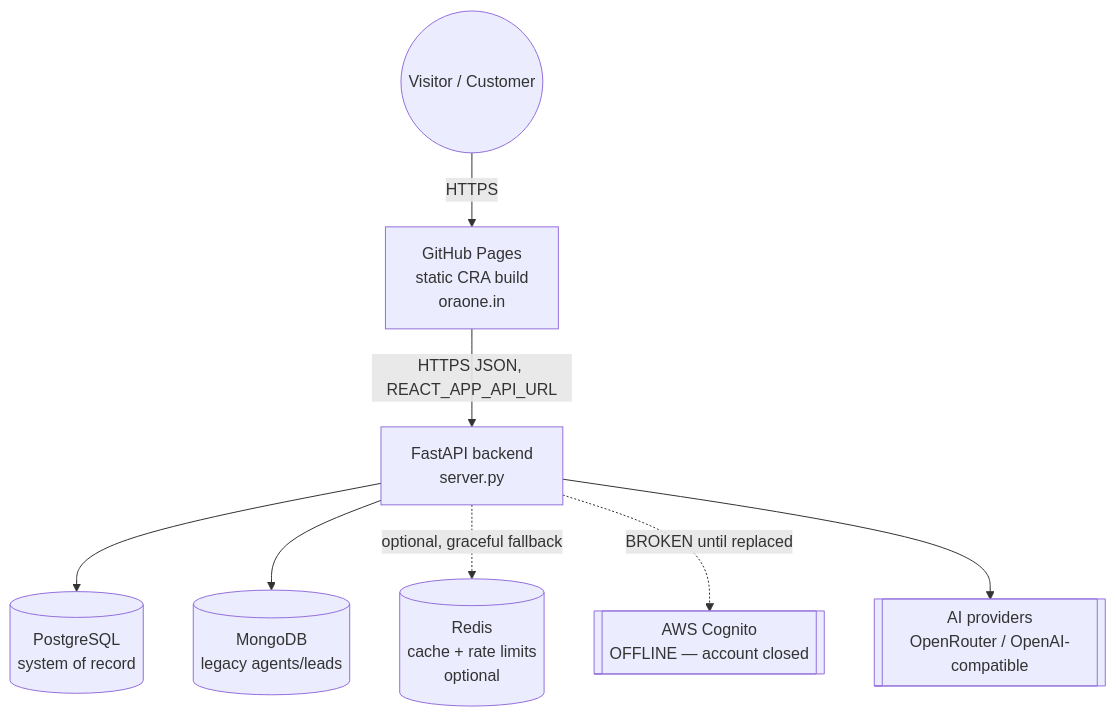
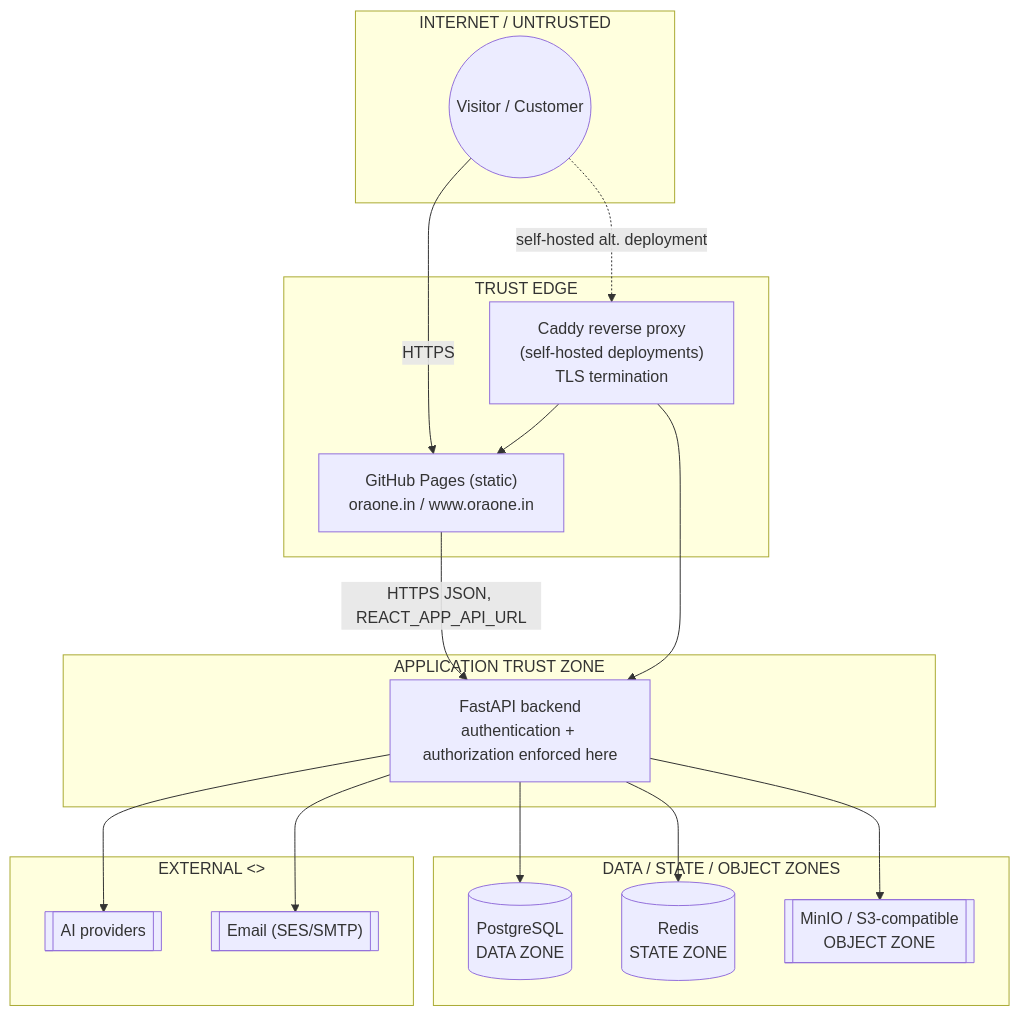
One commit to OraOneHQ/oraone-web changed the first of 17 diagrams in docs/ARCHITECTURE.md. Above: the diagram before and after it, drawn with Mermaid. The commit also changed other lines of this file, not shown here.

````diff
--- a/docs/ARCHITECTURE.md
+++ b/docs/ARCHITECTURE.md
@@ -11,19 +32,37 @@
 ```mermaid
 flowchart TD
-    User((Visitor / Customer))
-    Pages[GitHub Pages<br/>static CRA build<br/>oraone.in]
-    API[FastAPI backend<br/>server.py]
-    PG[(PostgreSQL<br/>system of record)]
-    Mongo[(MongoDB<br/>legacy agents/leads)]
-    Redis[(Redis<br/>cache + rate limits<br/>optional)]
-    Cognito[[AWS Cognito<br/>OFFLINE — account closed]]
-    AI[[AI providers<br/>OpenRouter / OpenAI-compatible]]
+    subgraph Internet["INTERNET / UNTRUSTED"]
+        User((Visitor / Customer))
+    end
+
+    subgraph TrustEdge["TRUST EDGE"]
+        Pages["GitHub Pages (static)<br/>oraone.in / www.oraone.in"]
+        Proxy["Caddy reverse proxy<br/>(self-hosted deployments)<br/>TLS termination"]
+    end
+
+    subgraph AppZone["APPLICATION TRUST ZONE"]
+        API["FastAPI backend<br/>authentication + authorization enforced here"]
+    end
+
+    subgraph DataZone["DATA / STATE / OBJECT ZONES"]
+        PG[("PostgreSQL<br/>DATA ZONE")]
+        Redis[("Redis<br/>STATE ZONE")]
+        S3[["MinIO / S3-compatible<br/>OBJECT ZONE"]]
+    end
+
+    subgraph ExternalZone["EXTERNAL <<third-party>>"]
+        AI[["AI providers"]]
+        Email[["Email (SES/SMTP)"]]
+    end
 
     User -->|HTTPS| Pages
+    User -.->|self-hosted alt. deployment| Proxy
     Pages -->|HTTPS JSON, REACT_APP_API_URL| API
+    Proxy --> API
+    Proxy --> Pages
     API --> PG
-    API --> Mongo
-    API -.->|optional, graceful fallback| Redis
-    API -.->|BROKEN until replaced| Cognito
+    API --> Redis
+    API --> S3
     API --> AI
+    API --> Email
 ```
````
